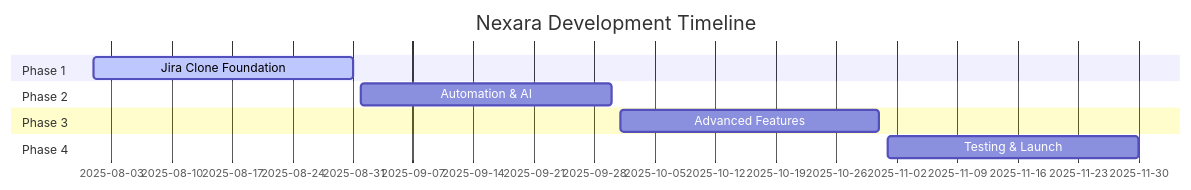
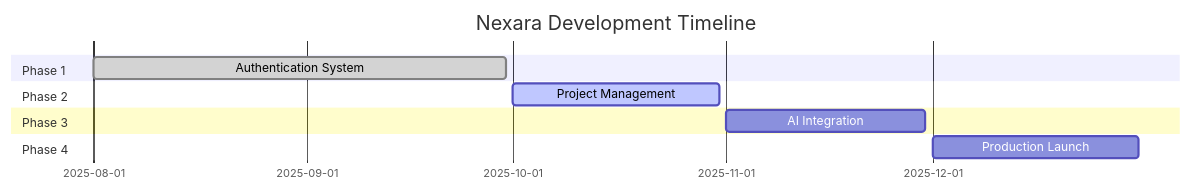
One commit to Axelvyn/Nexara changed the diagram in README.md. Above: the diagram before and after it, drawn with Mermaid. The commit also changed other lines of this file, not shown here.

````diff
--- a/README.md
+++ b/README.md
@@ -213,13 +177,13 @@
 ```mermaid
 gantt
     title Nexara Development Timeline
     dateFormat  MM-DD
     section Phase 1
-    Jira Clone Foundation    :active, p1, 08-01, 08-31
+    Authentication System   :done, p1, 08-01, 09-30
     section Phase 2
-    Automation & AI          :p2, 09-01, 09-30
+    Project Management      :active, p2, 10-01, 10-31
     section Phase 3
-    Advanced Features        :p3, 10-01, 10-31
+    AI Integration          :p3, 11-01, 11-30
     section Phase 4
-    Testing & Launch         :p4, 11-01, 11-30
+    Production Launch       :p4, 12-01, 12-31
 ```
````
